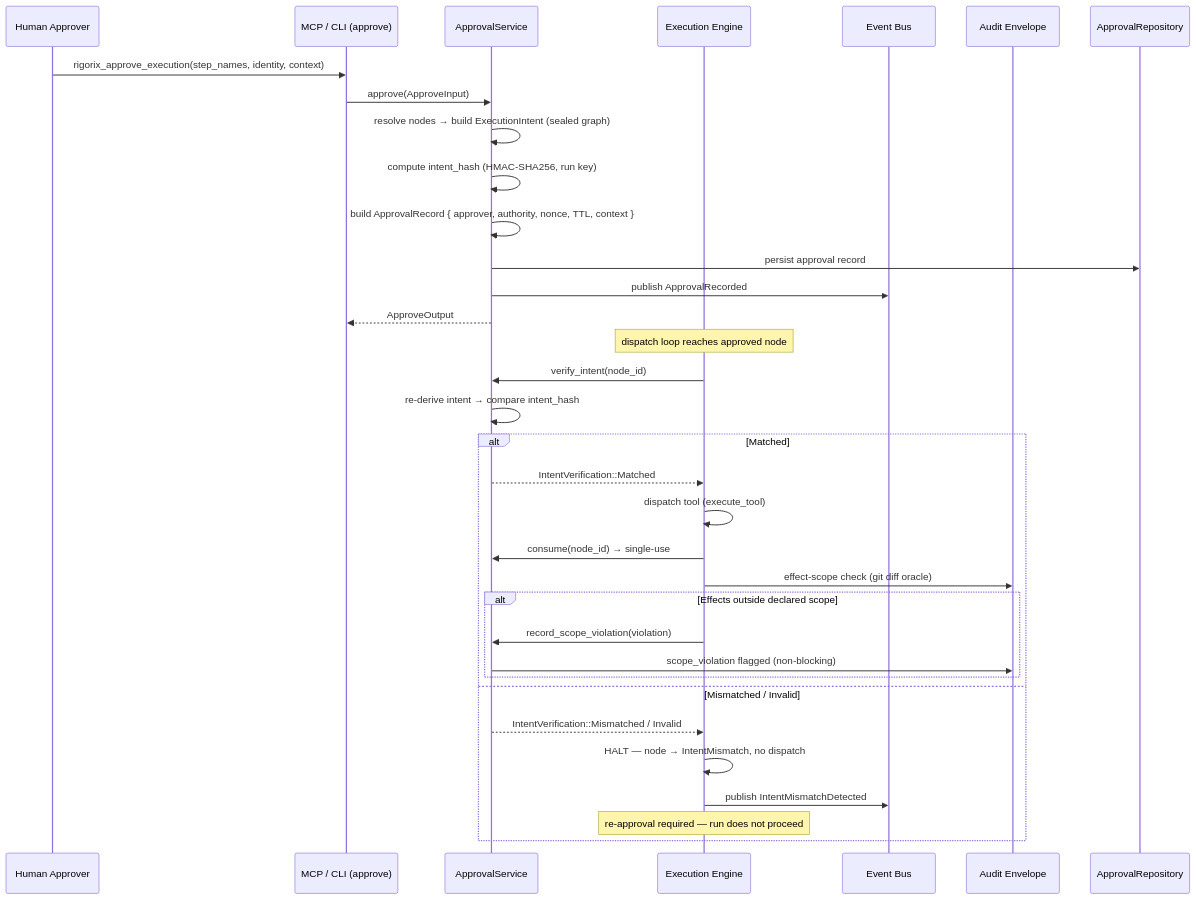
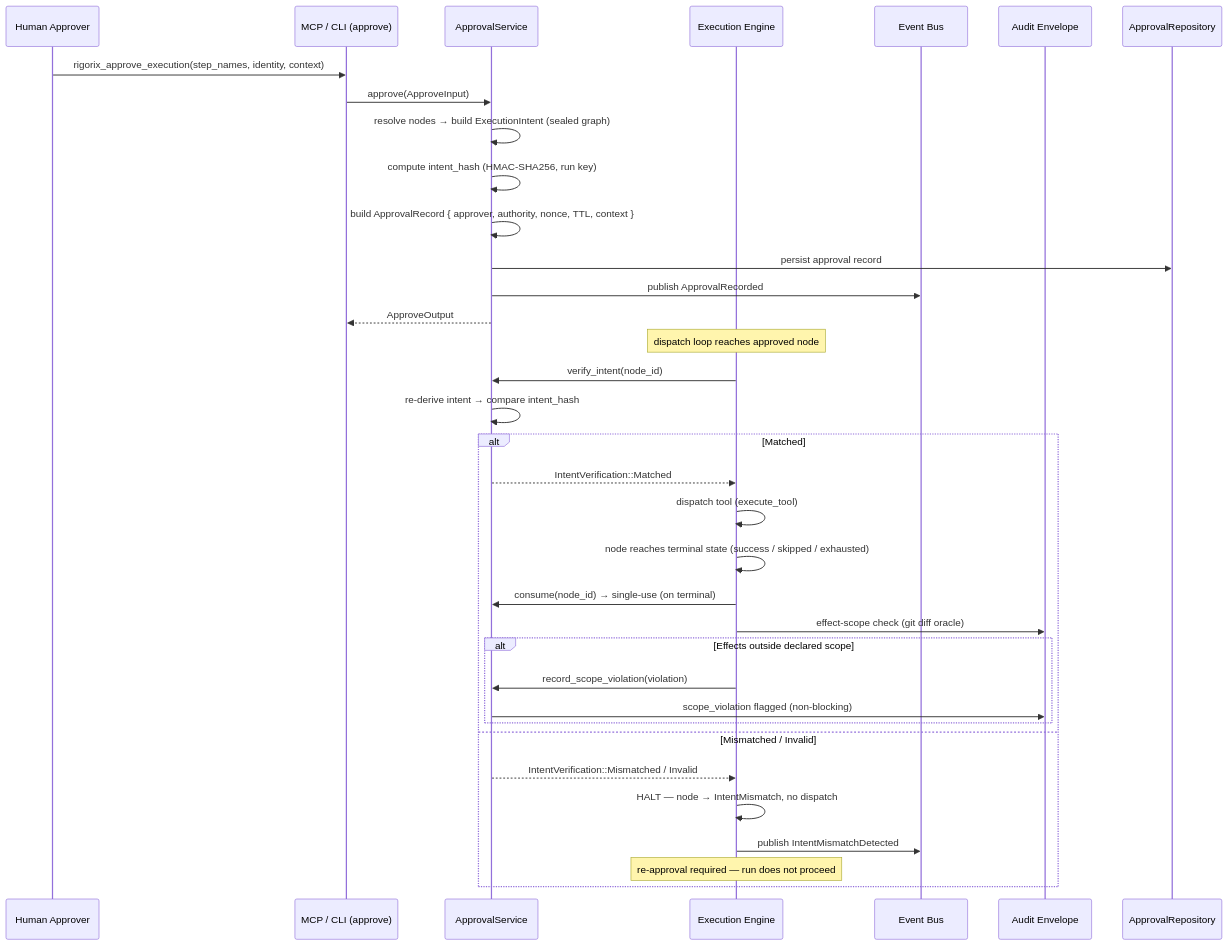
The diagram in engine/.pi/architecture/modules/approval.md (arman-jalili/rigorix-oss), drawn with Mermaid before and after one commit. The commit also changed other lines of this file and 4 other files, not shown here.

````diff
--- a/engine/.pi/architecture/modules/approval.md
+++ b/engine/.pi/architecture/modules/approval.md
@@ -400,39 +405,40 @@
 ```mermaid
 sequenceDiagram
     participant Human as Human Approver
     participant UI as MCP / CLI (approve)
     participant SVC as ApprovalService
     participant EE as Execution Engine
     participant EV as Event Bus
     participant AUD as Audit Envelope
     participant REPO as ApprovalRepository
 
     Human->>UI: rigorix_approve_execution(step_names, identity, context)
     UI->>SVC: approve(ApproveInput)
     SVC->>SVC: resolve nodes → build ExecutionIntent (sealed graph)
     SVC->>SVC: compute intent_hash (HMAC-SHA256, run key)
     SVC->>SVC: build ApprovalRecord { approver, authority, nonce, TTL, context }
     SVC->>REPO: persist approval record
     SVC->>EV: publish ApprovalRecorded
     SVC-->>UI: ApproveOutput
 
     Note over EE: dispatch loop reaches approved node
 
     EE->>SVC: verify_intent(node_id)
     SVC->>SVC: re-derive intent → compare intent_hash
     alt Matched
         SVC-->>EE: IntentVerification::Matched
         EE->>EE: dispatch tool (execute_tool)
-        EE->>SVC: consume(node_id) → single-use
+        EE->>EE: node reaches terminal state (success / skipped / exhausted)
+        EE->>SVC: consume(node_id) → single-use (on terminal)
         EE->>AUD: effect-scope check (git diff oracle)
         alt Effects outside declared scope
             EE->>SVC: record_scope_violation(violation)
             SVC->>AUD: scope_violation flagged (non-blocking)
         end
     else Mismatched / Invalid
         SVC-->>EE: IntentVerification::Mismatched / Invalid
         EE->>EE: HALT — node → IntentMismatch, no dispatch
         EE->>EV: publish IntentMismatchDetected
         Note over EE: re-approval required — run does not proceed
     end
 ```
````
